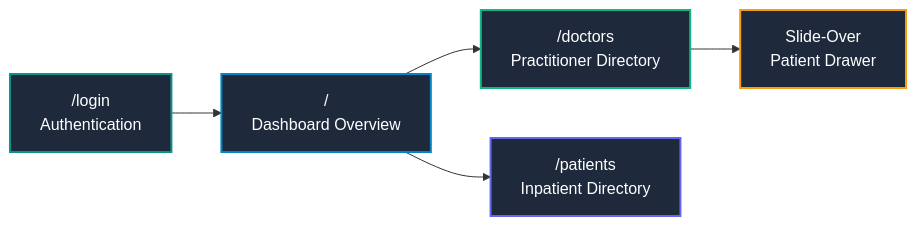
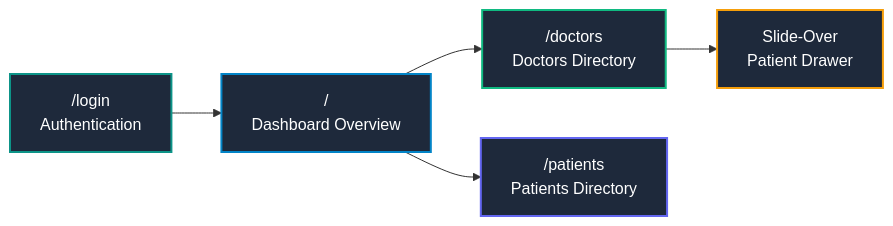
The first of 2 diagrams in client/README.md (zihaduzzamaan/doctor-tracker), drawn with Mermaid before and after one commit. The commit also changed other lines of this file and 11 other files, not shown here.

````diff
--- a/client/README.md
+++ b/client/README.md
@@ -73,13 +73,13 @@
 ```mermaid
 flowchart LR
     Login["/login<br/>Authentication"] --> Dash["/<br/>Dashboard Overview"]
-    Dash --> Docs["/doctors<br/>Practitioner Directory"]
+    Dash --> Docs["/doctors<br/>Doctors Directory"]
     Docs --> Drawer["Slide-Over<br/>Patient Drawer"]
-    Dash --> Patients["/patients<br/>Inpatient Directory"]
+    Dash --> Patients["/patients<br/>Patients Directory"]
 
     style Login fill:#1E293B,stroke:#0D9488,stroke-width:2px,color:#ffffff
     style Dash fill:#1E293B,stroke:#0284C7,stroke-width:2px,color:#ffffff
     style Docs fill:#1E293B,stroke:#10B981,stroke-width:2px,color:#ffffff
     style Drawer fill:#1E293B,stroke:#F59E0B,stroke-width:2px,color:#ffffff
     style Patients fill:#1E293B,stroke:#6366F1,stroke-width:2px,color:#ffffff
 ```
````
